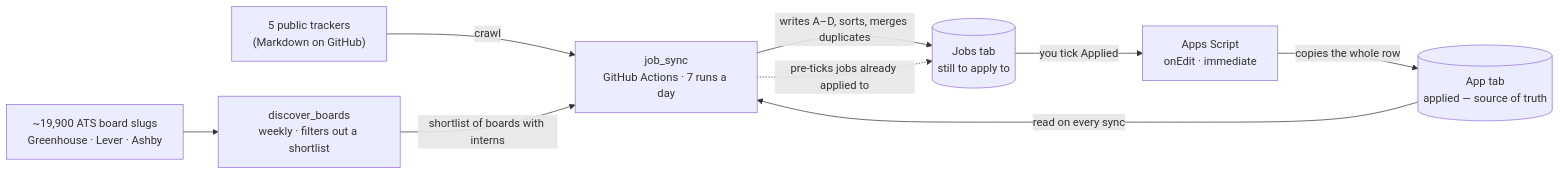
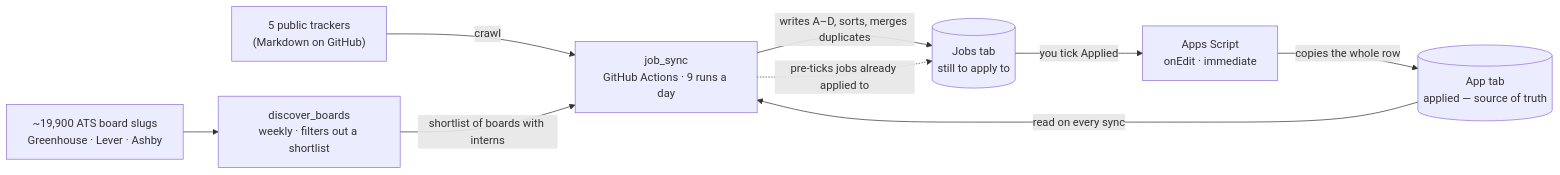
The diagram in README.md (henryng15/CrawlJob), drawn with Mermaid before and after one commit. The commit also changed 8 other files, not shown here.

First line of the commit message:
Extend the day to 21:00 ET: nine runs instead of seven

````diff
--- a/README.md
+++ b/README.md
@@ -12,19 +12,19 @@
 ```mermaid
 flowchart LR
     T["5 public trackers<br/>(Markdown on GitHub)"]
     B["~19,900 ATS board slugs<br/>Greenhouse · Lever · Ashby"]
     D["discover_boards<br/>weekly · filters out a shortlist"]
-    P["job_sync<br/>GitHub Actions · 7 runs a day"]
+    P["job_sync<br/>GitHub Actions · 9 runs a day"]
     J[("Jobs tab<br/>still to apply to")]
     S["Apps Script<br/>onEdit · immediate"]
     A[("App tab<br/>applied — source of truth")]
 
     T -->|crawl| P
     B --> D
     D -->|"shortlist of boards with interns"| P
     P -->|"writes A–D, sorts, merges duplicates"| J
     J -->|"you tick Applied"| S
     S -->|"copies the whole row"| A
     A -->|"read on every sync"| P
     P -.->|"pre-ticks jobs already applied to"| J
 ```
````
